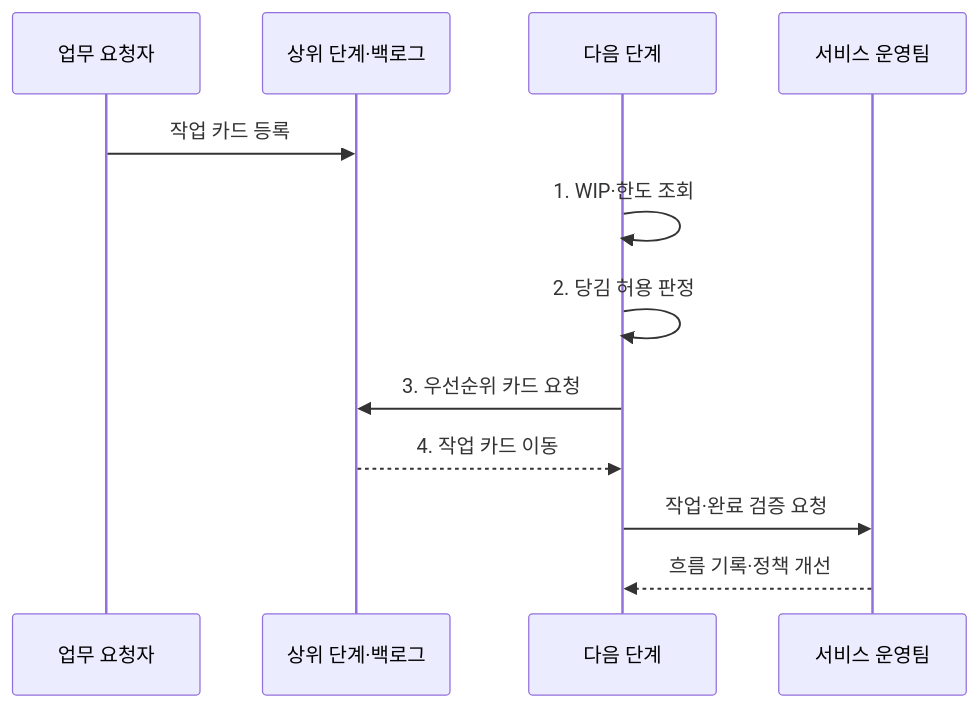
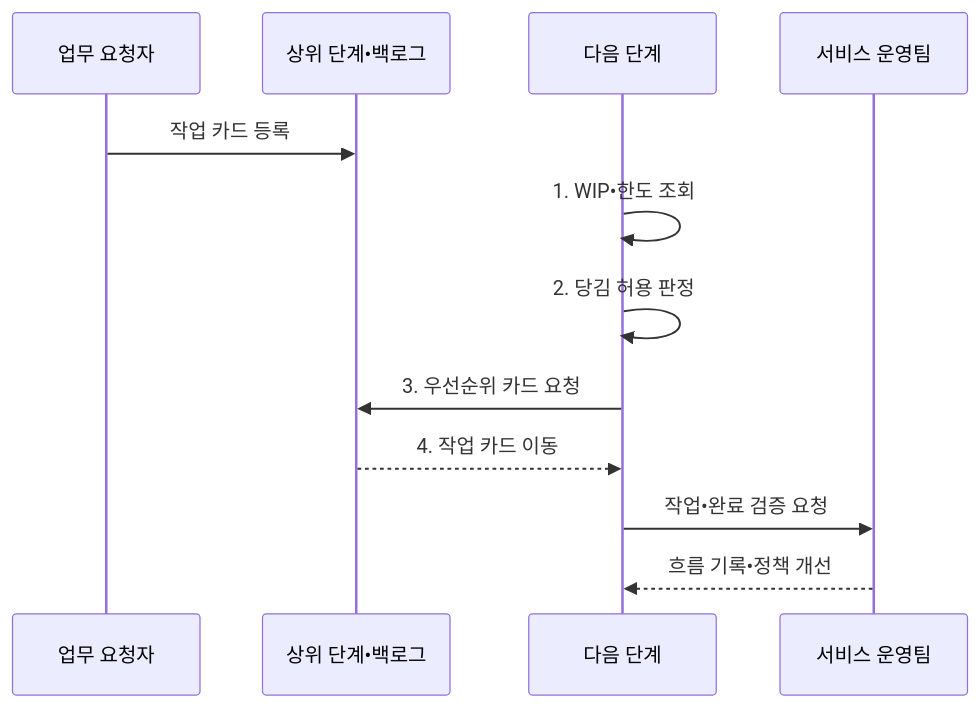
Before and after one commit to agnusdei1207/knowledge-base: the second of 2 diagrams in src/content/docs/notes/03-software/035_kanban.md, drawn with Mermaid. The commit also changed other lines of this file and 953 other files, not shown here.

````diff
--- a/src/content/docs/notes/03-software/035_kanban.md
+++ b/src/content/docs/notes/03-software/035_kanban.md
@@ -108,14 +108,14 @@
 ```mermaid
 sequenceDiagram
     participant U as 업무 요청자
-    participant Q as 상위 단계·백로그
+    participant Q as 상위 단계•백로그
     participant N as 다음 단계
     participant T as 서비스 운영팀
     U->>Q: 작업 카드 등록
-    N->>N: 1. WIP·한도 조회
+    N->>N: 1. WIP•한도 조회
     N->>N: 2. 당김 허용 판정
     N->>Q: 3. 우선순위 카드 요청
     Q-->>N: 4. 작업 카드 이동
-    N->>T: 작업·완료 검증 요청
-    T-->>N: 흐름 기록·정책 개선
+    N->>T: 작업•완료 검증 요청
+    T-->>N: 흐름 기록•정책 개선
 ```
````
